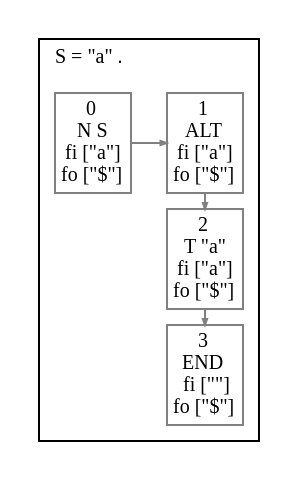
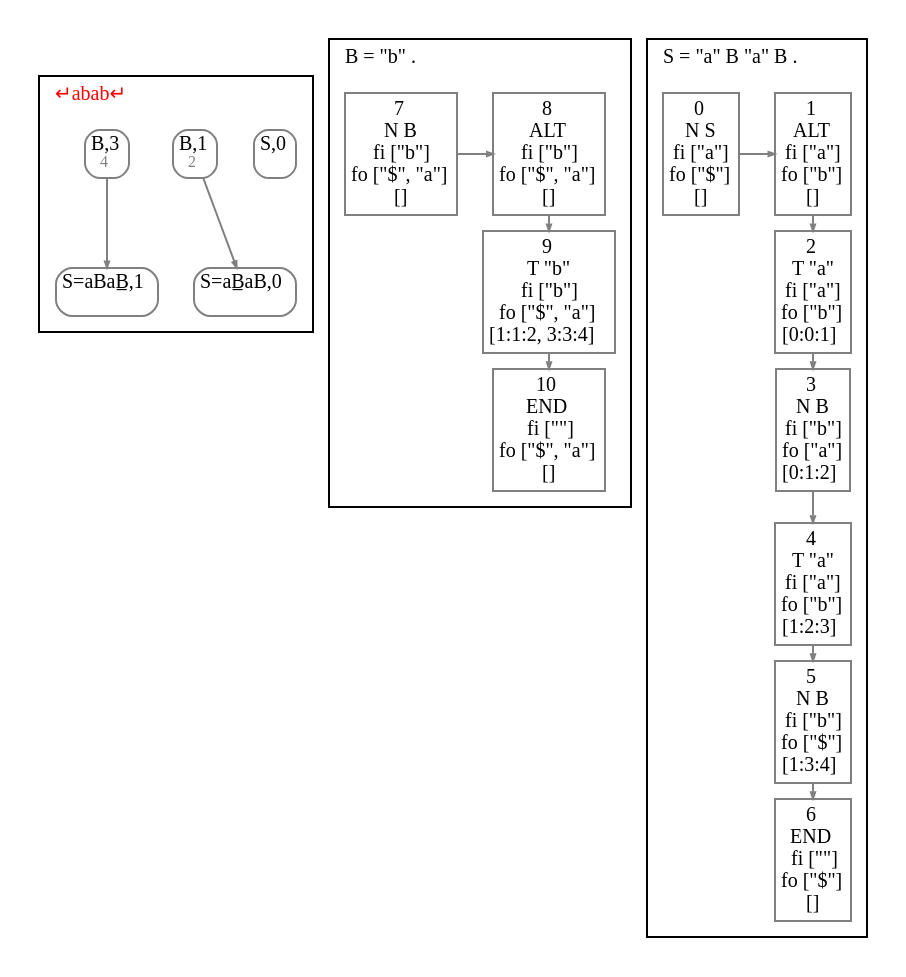
The diagram in ART.gv (JanWillemBrands/AoC2021), drawn with Graphviz before and after one commit. The commit also changed 21 other files, not shown here.

```diff
--- a/ART.gv
+++ b/ART.gv
@@ -1,32 +1,69 @@
 digraph G {
   fontname = Menlo
   fontsize = 10
   node [fontname = Menlo, fontsize = 10, color = gray, height = 0, width = 0, margin= 0.04]
   edge [fontname = Menlo, fontsize = 10, color = gray, arrowsize = 0.3]
   graph [ranksep = 0.1]
   rankdir = "TB"
   subgraph GSS {
     cluster = true
-    label = <↵a↵> fontcolor = red
+    label = <↵abab↵> fontcolor = red
     labeljust = l
     node [shape = box, style = rounded, height = 0]
+    0.0 [label = <S,0<br/><font color="gray" point-size="8.0"> </font>>]
+    3.0 [label = <S=aB̲aB,0<br/><font color="gray" point-size="8.0"> </font>>]
+    5.1 [label = <S=aBaB̲,1<br/><font color="gray" point-size="8.0"> </font>>]
+    7.1 [label = <B,1<br/><font color="gray" point-size="8.0"> 2</font>>]
+    7.1 -> 3.0
+    7.3 [label = <B,3<br/><font color="gray" point-size="8.0"> 4</font>>]
+    7.3 -> 5.1
+  }
+  subgraph clusterB {
+    node [shape = box]
+    label = <B = "b" .>
+    labeljust = l
+    BR0C0 [label = <7<br/>N B<br/>fi ["b"]<br/>fo ["$", "a"]<br/>[]>]
+    BR0C1 [label = <8<br/>ALT <br/>fi ["b"]<br/>fo ["$", "a"]<br/>[]>]
+    BR1C1 [label = <9<br/>T "b"<br/>fi ["b"]<br/>fo ["$", "a"]<br/>[1:1:2, 3:3:4]>]
+    BR2C1 [label = <10<br/>END <br/>fi [""]<br/>fo ["$", "a"]<br/>[]>]
+    BR1C1 -> BR2C1 [weight=100000000]
+    BR0C1 -> BR1C1 [weight=100000000]
+    rank = same {BR0C0 -> BR0C1}
+    node [style = invis]
+    edge [style = invis]
+    BR0C0 -> BR1C0 [weight=100000000]
+    rank = same {BR1C0 -> BR1C1}
+    BR1C0 -> BR2C0 [weight=100000000]
+    rank = same {BR2C0 -> BR2C1}
   }
   subgraph clusterS {
     node [shape = box]
-    label = <S = "a" .>
+    label = <S = "a" B "a" B .>
     labeljust = l
-    SR0C0 [label = <0<br/>N S<br/>fi ["a"]<br/>fo ["$"]>]
-    SR0C1 [label = <1<br/>ALT <br/>fi ["a"]<br/>fo ["$"]>]
-    SR1C1 [label = <2<br/>T "a"<br/>fi ["a"]<br/>fo ["$"]>]
-    SR2C1 [label = <3<br/>END <br/>fi [""]<br/>fo ["$"]>]
+    SR0C0 [label = <0<br/>N S<br/>fi ["a"]<br/>fo ["$"]<br/>[]>]
+    SR0C1 [label = <1<br/>ALT <br/>fi ["a"]<br/>fo ["b"]<br/>[]>]
+    SR1C1 [label = <2<br/>T "a"<br/>fi ["a"]<br/>fo ["b"]<br/>[0:0:1]>]
+    SR2C1 [label = <3<br/>N B<br/>fi ["b"]<br/>fo ["a"]<br/>[0:1:2]>]
+    SR3C1 [label = <4<br/>T "a"<br/>fi ["a"]<br/>fo ["b"]<br/>[1:2:3]>]
+    SR4C1 [label = <5<br/>N B<br/>fi ["b"]<br/>fo ["$"]<br/>[1:3:4]>]
+    SR5C1 [label = <6<br/>END <br/>fi [""]<br/>fo ["$"]<br/>[]>]
+    SR4C1 -> SR5C1 [weight=100000000]
+    SR3C1 -> SR4C1 [weight=100000000]
+    SR2C1 -> SR3C1 [weight=100000000]
     SR1C1 -> SR2C1 [weight=100000000]
     SR0C1 -> SR1C1 [weight=100000000]
     rank = same {SR0C0 -> SR0C1}
     node [style = invis]
     edge [style = invis]
     SR0C0 -> SR1C0 [weight=100000000]
     rank = same {SR1C0 -> SR1C1}
     SR1C0 -> SR2C0 [weight=100000000]
     rank = same {SR2C0 -> SR2C1}
+    SR2C0 -> SR3C0 [weight=100000000]
+    rank = same {SR3C0 -> SR3C1}
+    SR3C0 -> SR4C0 [weight=100000000]
+    rank = same {SR4C0 -> SR4C1}
+    SR4C0 -> SR5C0 [weight=100000000]
+    rank = same {SR5C0 -> SR5C1}
   }
 }
```
